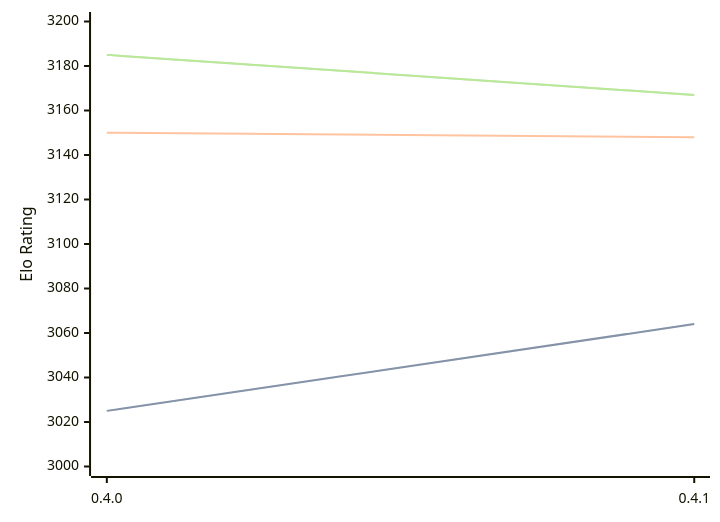
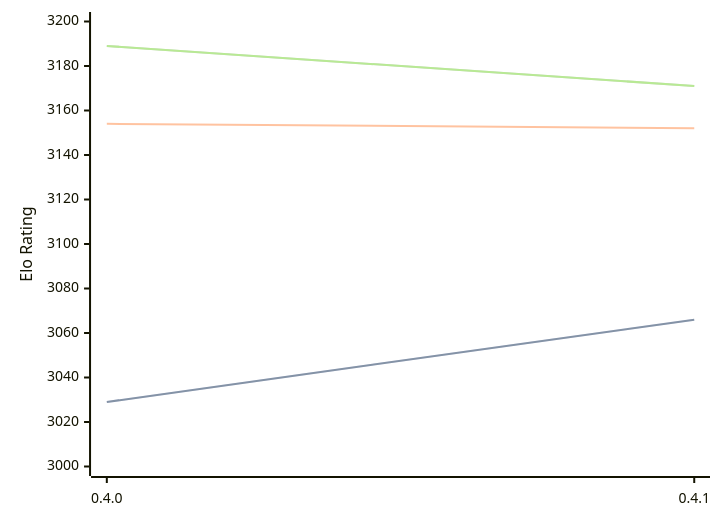
One commit to computer-chess-index/cci changed the diagram in engines/Cinder.md. Above: the diagram before and after it, drawn with Mermaid. The commit also changed other lines of this file, not shown here.

Commit message:
Update CCI Ratings (ELO VLTC) - 2026-02-24

````diff
--- a/engines/Cinder.md
+++ b/engines/Cinder.md
@@ -37,11 +37,11 @@
 ```mermaid
 %%{init: {"theme":"base","themeVariables":{"seriesColors:['#a3a3a3','#222221','#faa371']}}}%%
 xychart-beta
   x-axis ["0.4.0", "0.4.1"]
   y-axis "Elo Rating" 3000 --> 3200
-  line "STC (8.0+0.08s)" [3025, 3064]
-  line "STC (8.0+0.08s)" [3025, 3064]
-  line "LTC (60.0+0.60s)" [3150, 3148]
-  line "VLTC (2m24s+1.12s)" [3185, 3167]
-  line "VLTC (2m24s+1.12s)" [3185, 3167]
+  line "STC (8.0+0.08s)" [3029, 3066]
+  line "STC (8.0+0.08s)" [3029, 3066]
+  line "LTC (60.0+0.60s)" [3154, 3152]
+  line "VLTC (2m24s+1.12s)" [3189, 3171]
+  line "VLTC (2m24s+1.12s)" [3189, 3171]
 ```
````
